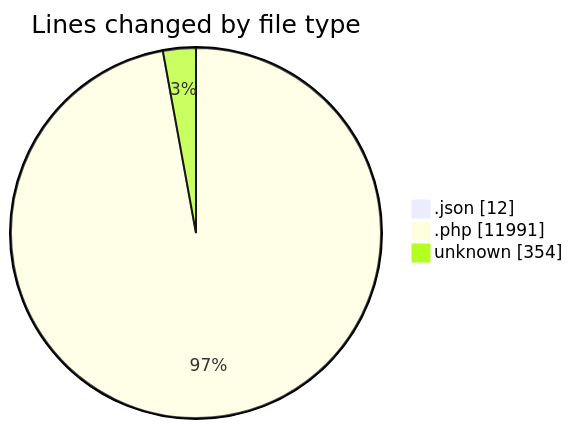
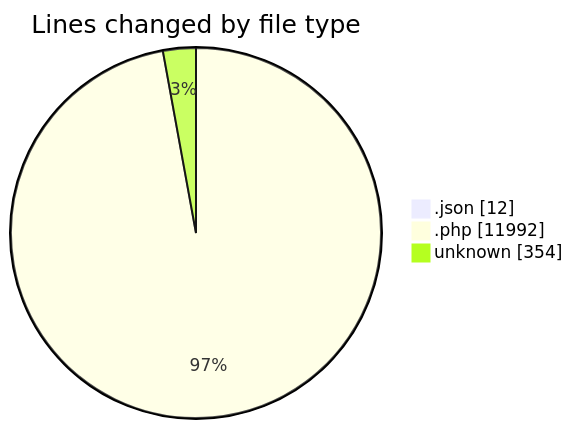
The first of 2 diagrams in 2025-01-24/zeytoon/README.md (vahidmafi/code-tracking), drawn with Mermaid before and after one commit. The commit also changed other lines of this file and 1 other file, not shown here.

````diff
--- a/2025-01-24/zeytoon/README.md
+++ b/2025-01-24/zeytoon/README.md
@@ -41,7 +41,7 @@
 ```mermaid
 pie showData
 title Lines changed by file type
 ".json" : 12
-".php" : 11991
+".php" : 11992
 "unknown" : 354
 ```
````
